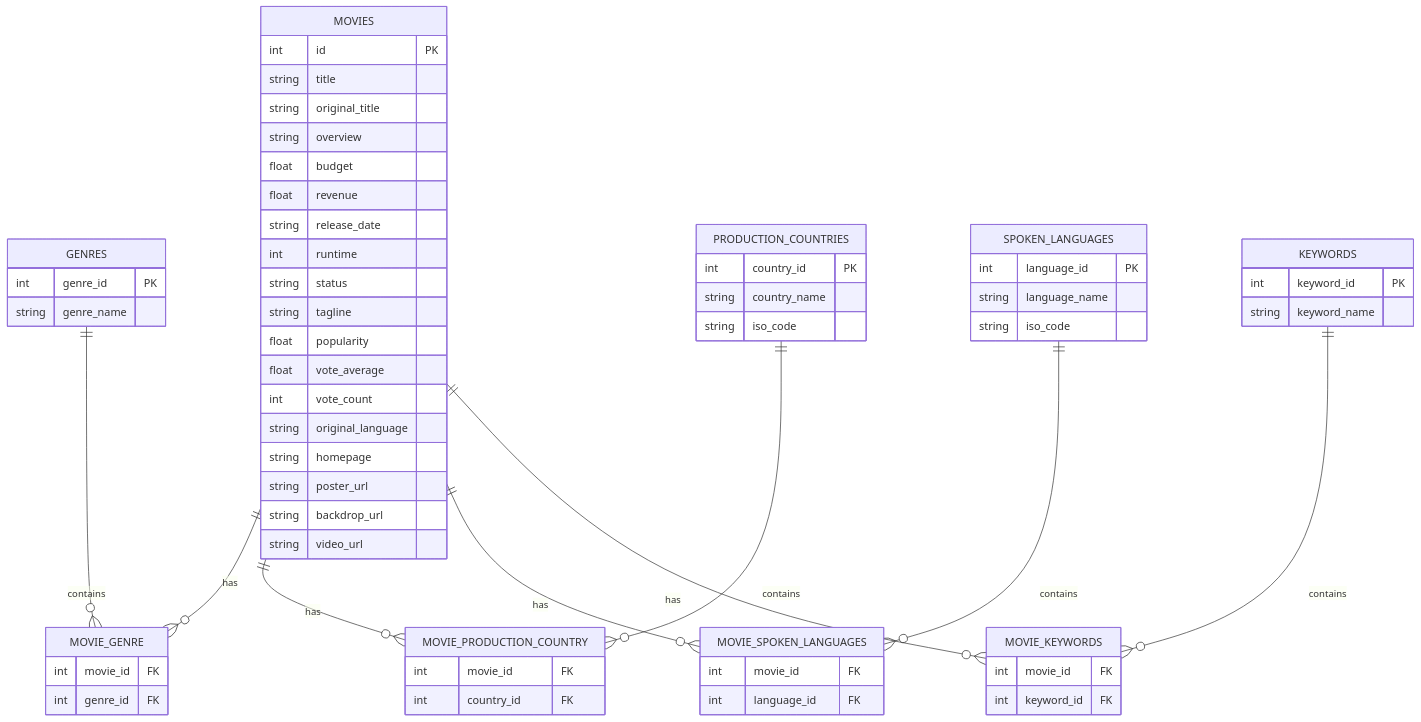
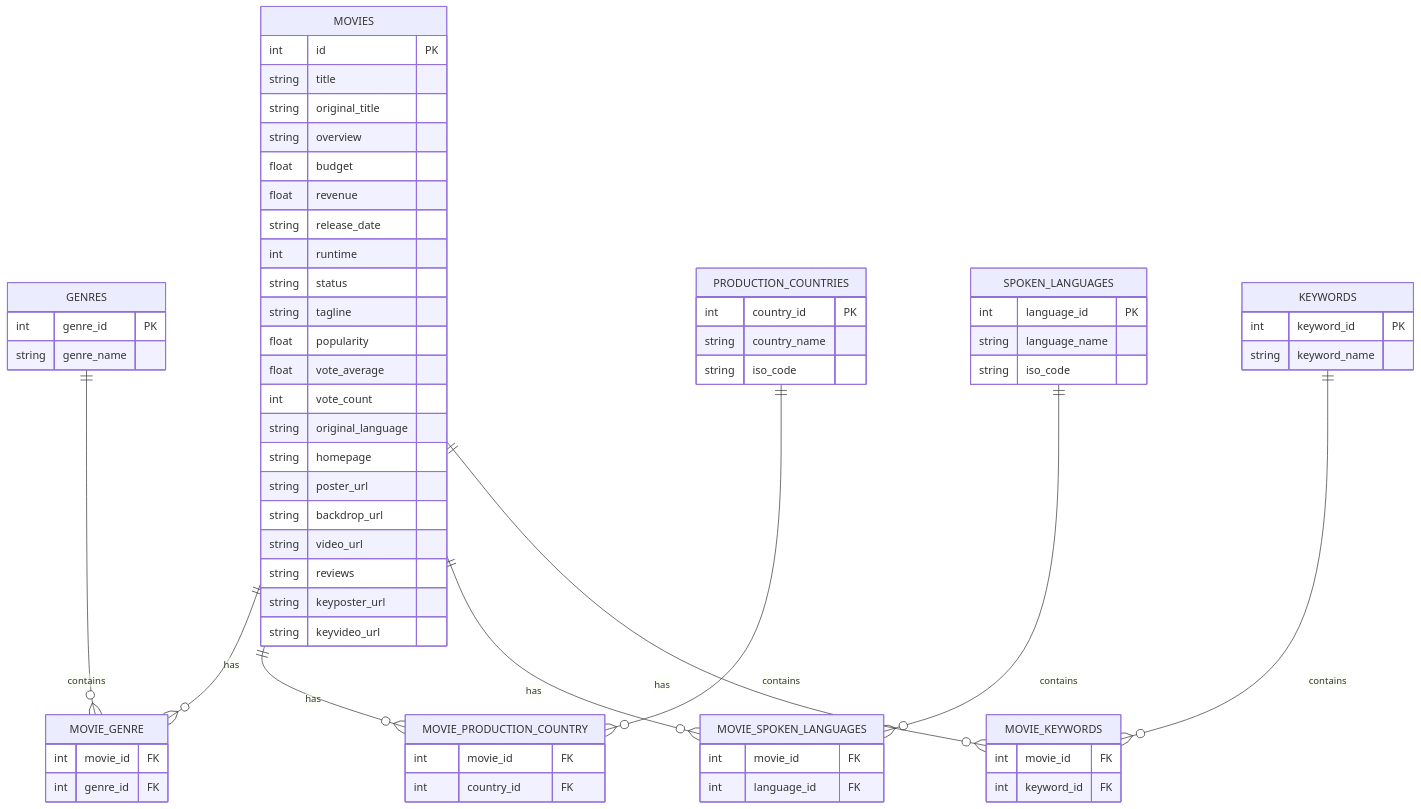
The diagram in diagrams/mermaid.md (t1anzn/cinemind), drawn with Mermaid before and after one commit. The commit also changed other lines of this file, not shown here.

Commit message:
Updated Mermaid Diagram

````diff
--- a/diagrams/mermaid.md
+++ b/diagrams/mermaid.md
@@ -1,77 +1,80 @@
 ```mermaid
 erDiagram
     MOVIES {
         int id PK
         string title
         string original_title
         string overview
         float budget
         float revenue
         string release_date
         int runtime
         string status
         string tagline
         float popularity
         float vote_average
         int vote_count
         string original_language
         string homepage
         string poster_url
         string backdrop_url
         string video_url
+        string reviews
+        string keyposter_url
+        string keyvideo_url
     }
 
     GENRES {
         int genre_id PK
         string genre_name
     }
 
     MOVIE_GENRE {
         int movie_id FK
         int genre_id FK
     }
 
     PRODUCTION_COUNTRIES {
         int country_id PK
         string country_name
         string iso_code
     }
 
     MOVIE_PRODUCTION_COUNTRY {
         int movie_id FK
         int country_id FK
     }
 
     SPOKEN_LANGUAGES {
         int language_id PK
         string language_name
         string iso_code
     }
 
     MOVIE_SPOKEN_LANGUAGES {
         int movie_id FK
         int language_id FK
     }
 
     KEYWORDS {
         int keyword_id PK
         string keyword_name
     }
 
     MOVIE_KEYWORDS {
         int movie_id FK
         int keyword_id FK
     }
 
     MOVIES ||--o{ MOVIE_GENRE : has
     GENRES ||--o{ MOVIE_GENRE : contains
 
     MOVIES ||--o{ MOVIE_PRODUCTION_COUNTRY : has
     PRODUCTION_COUNTRIES ||--o{ MOVIE_PRODUCTION_COUNTRY : contains
 
     MOVIES ||--o{ MOVIE_SPOKEN_LANGUAGES : has
     SPOKEN_LANGUAGES ||--o{ MOVIE_SPOKEN_LANGUAGES : contains
 
     MOVIES ||--o{ MOVIE_KEYWORDS : has
     KEYWORDS ||--o{ MOVIE_KEYWORDS : contains
 ```
````
